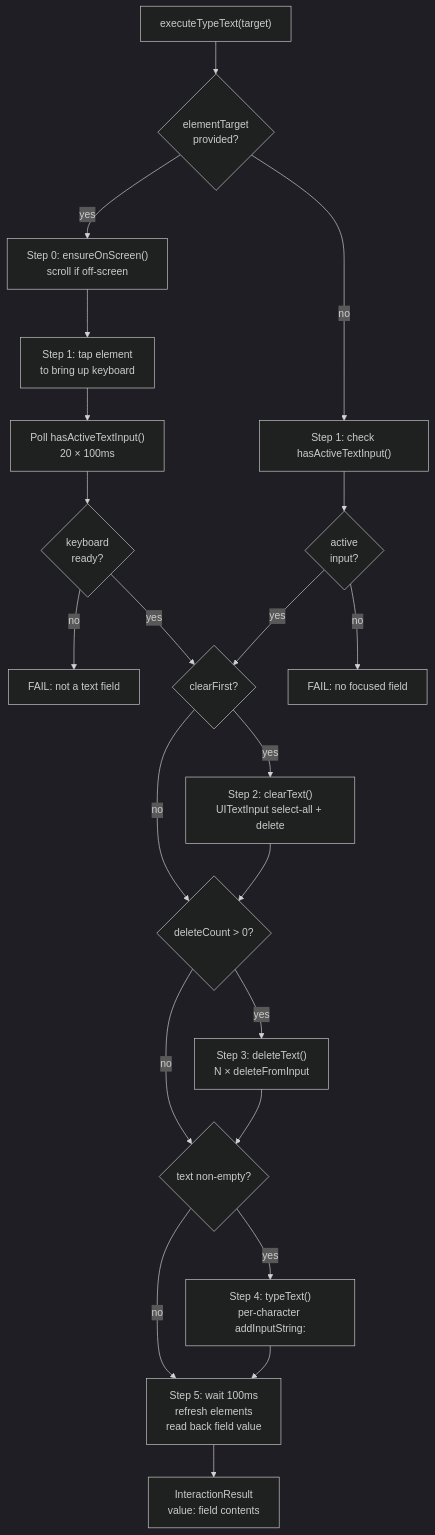
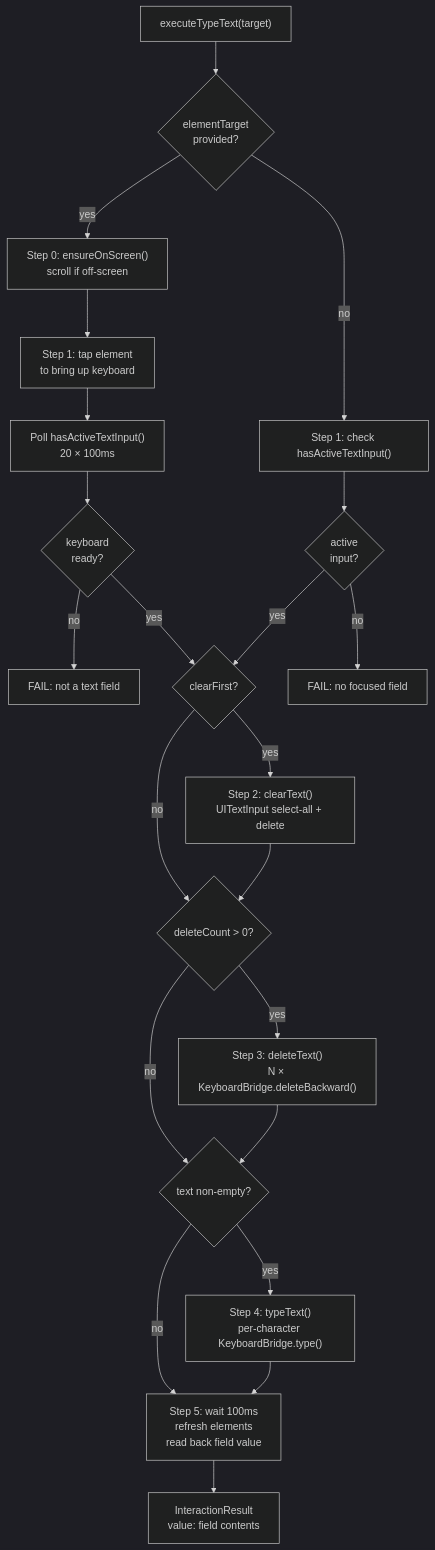
One commit to RoyalPineapple/TheButtonHeist changed the diagram in docs/dossiers/04c-TEXT-ENTRY.md. Above: the diagram before and after it, drawn with Mermaid (dark theme). The commit also changed other lines of this file and 11 other files, not shown here.

````diff
--- a/docs/dossiers/04c-TEXT-ENTRY.md
+++ b/docs/dossiers/04c-TEXT-ENTRY.md
@@ -12,33 +12,33 @@
 ```mermaid
 flowchart TD
     Start["executeTypeText(target)"]
     Start --> S0{elementTarget<br/>provided?}
     S0 -->|yes| EnsureVisible["Step 0: ensureOnScreen()<br/>scroll if off-screen"]
     S0 -->|no| CheckFocus
 
     EnsureVisible --> Tap["Step 1: tap element<br/>to bring up keyboard"]
     Tap --> Poll["Poll hasActiveTextInput()<br/>20 × 100ms"]
     Poll --> Ready{keyboard<br/>ready?}
     Ready -->|no| Fail1["FAIL: not a text field"]
     Ready -->|yes| CheckClear
 
     CheckFocus["Step 1: check hasActiveTextInput()"]
     CheckFocus --> HasInput{active<br/>input?}
     HasInput -->|no| Fail2["FAIL: no focused field"]
     HasInput -->|yes| CheckClear
 
     CheckClear{clearFirst?}
     CheckClear -->|yes| Clear["Step 2: clearText()<br/>UITextInput select-all + delete"]
     CheckClear -->|no| CheckDelete
 
     Clear --> CheckDelete{deleteCount > 0?}
-    CheckDelete -->|yes| Delete["Step 3: deleteText()<br/>N × deleteFromInput"]
+    CheckDelete -->|yes| Delete["Step 3: deleteText()<br/>N × KeyboardBridge.deleteBackward()"]
     CheckDelete -->|no| CheckType
 
     Delete --> CheckType{text non-empty?}
-    CheckType -->|yes| Type["Step 4: typeText()<br/>per-character addInputString:"]
+    CheckType -->|yes| Type["Step 4: typeText()<br/>per-character KeyboardBridge.type()"]
     CheckType -->|no| Readback
 
     Type --> Readback["Step 5: wait 100ms<br/>refresh elements<br/>read back field value"]
     Readback --> Result["InteractionResult<br/>value: field contents"]
 ```
````
